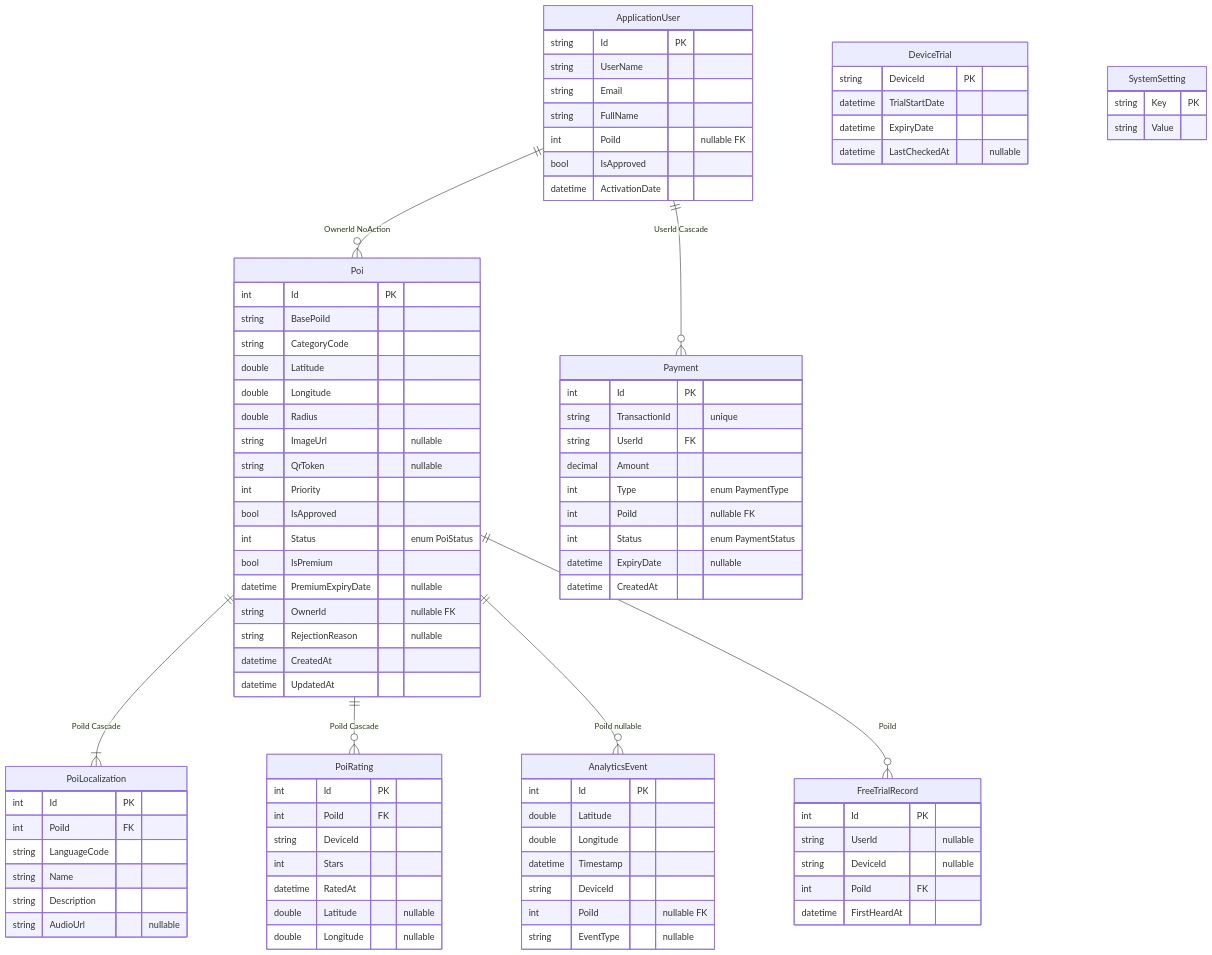
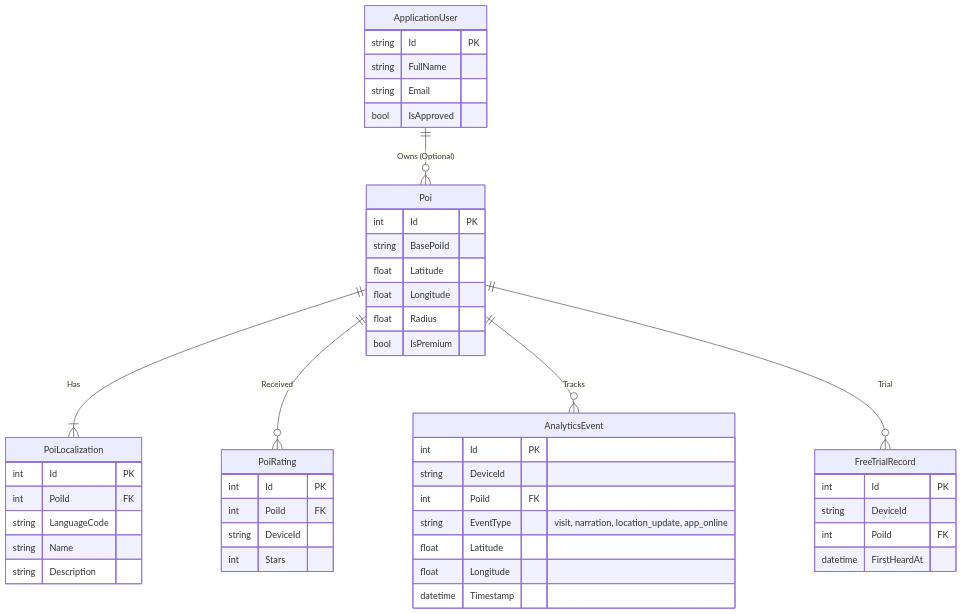
Before and after one commit to phamquyet47204/C-Sharp: the second of 23 diagrams in README.md, drawn with Mermaid. The commit also changed other lines of this file and 32 other files, not shown here.

````diff
--- a/README.md
+++ b/README.md
@@ -327,92 +69,51 @@
 ```mermaid
 erDiagram
-  ApplicationUser {
-    string Id PK
-    string UserName
-    string Email
-    string FullName
-    int PoiId "nullable FK"
-    bool IsApproved
-    datetime ActivationDate
-  }
-  Poi {
-    int Id PK
-    string BasePoiId
-    string CategoryCode
-    double Latitude
-    double Longitude
-    double Radius
-    string ImageUrl "nullable"
-    string QrToken "nullable"
-    int Priority
-    bool IsApproved
-    int Status "enum PoiStatus"
-    bool IsPremium
-    datetime PremiumExpiryDate "nullable"
-    string OwnerId "nullable FK"
-    string RejectionReason "nullable"
-    datetime CreatedAt
-    datetime UpdatedAt
-  }
-  PoiLocalization {
-    int Id PK
-    int PoiId FK
-    string LanguageCode
-    string Name
-    string Description
-    string AudioUrl "nullable"
-  }
-  PoiRating {
-    int Id PK
-    int PoiId FK
-    string DeviceId
-    int Stars
-    datetime RatedAt
-    double Latitude "nullable"
-    double Longitude "nullable"
-  }
-  AnalyticsEvent {
-    int Id PK
-    double Latitude
-    double Longitude
-    datetime Timestamp
-    string DeviceId
-    int PoiId "nullable FK"
-    string EventType "nullable"
-  }
-  Payment {
-    int Id PK
-    string TransactionId "unique"
-    string UserId FK
-    decimal Amount
-    int Type "enum PaymentType"
-    int PoiId "nullable FK"
-    int Status "enum PaymentStatus"
-    datetime ExpiryDate "nullable"
-    datetime CreatedAt
-  }
-  FreeTrialRecord {
-    int Id PK
-    string UserId "nullable"
-    string DeviceId "nullable"
-    int PoiId FK
-    datetime FirstHeardAt
-  }
-  DeviceTrial {
-    string DeviceId PK
-    datetime TrialStartDate
-    datetime ExpiryDate
-    datetime LastCheckedAt "nullable"
-  }
-  SystemSetting {
-    string Key PK
-    string Value
-  }
+    ApplicationUser {
+        string Id PK
+        string FullName
+        string Email
+        bool IsApproved
+    }
+    Poi {
+        int Id PK
+        string BasePoiId
+        float Latitude
+        float Longitude
+        float Radius
+        bool IsPremium
+    }
+    PoiLocalization {
+        int Id PK
+        int PoiId FK
+        string LanguageCode
+        string Name
+        string Description
+    }
+    PoiRating {
+        int Id PK
+        int PoiId FK
+        string DeviceId
+        int Stars
+    }
+    AnalyticsEvent {
+        int Id PK
+        string DeviceId
+        int PoiId FK
+        string EventType "visit, narration, location_update, app_online"
+        float Latitude
+        float Longitude
+        datetime Timestamp
+    }
+    FreeTrialRecord {
+        int Id PK
+        string DeviceId
+        int PoiId FK
+        datetime FirstHeardAt
+    }
 
-  ApplicationUser ||--o{ Poi : "OwnerId NoAction"
-  ApplicationUser ||--o{ Payment : "UserId Cascade"
-  Poi ||--|{ PoiLocalization : "PoiId Cascade"
-  Poi ||--o{ PoiRating : "PoiId Cascade"
-  Poi ||--o{ AnalyticsEvent : "PoiId nullable"
-  Poi ||--o{ FreeTrialRecord : "PoiId"
+    ApplicationUser ||--o{ Poi : "Owns (Optional)"
+    Poi ||--|{ PoiLocalization : "Has"
+    Poi ||--o{ PoiRating : "Received"
+    Poi ||--o{ AnalyticsEvent : "Tracks"
+    Poi ||--o{ FreeTrialRecord : "Trial"
 ```
````
